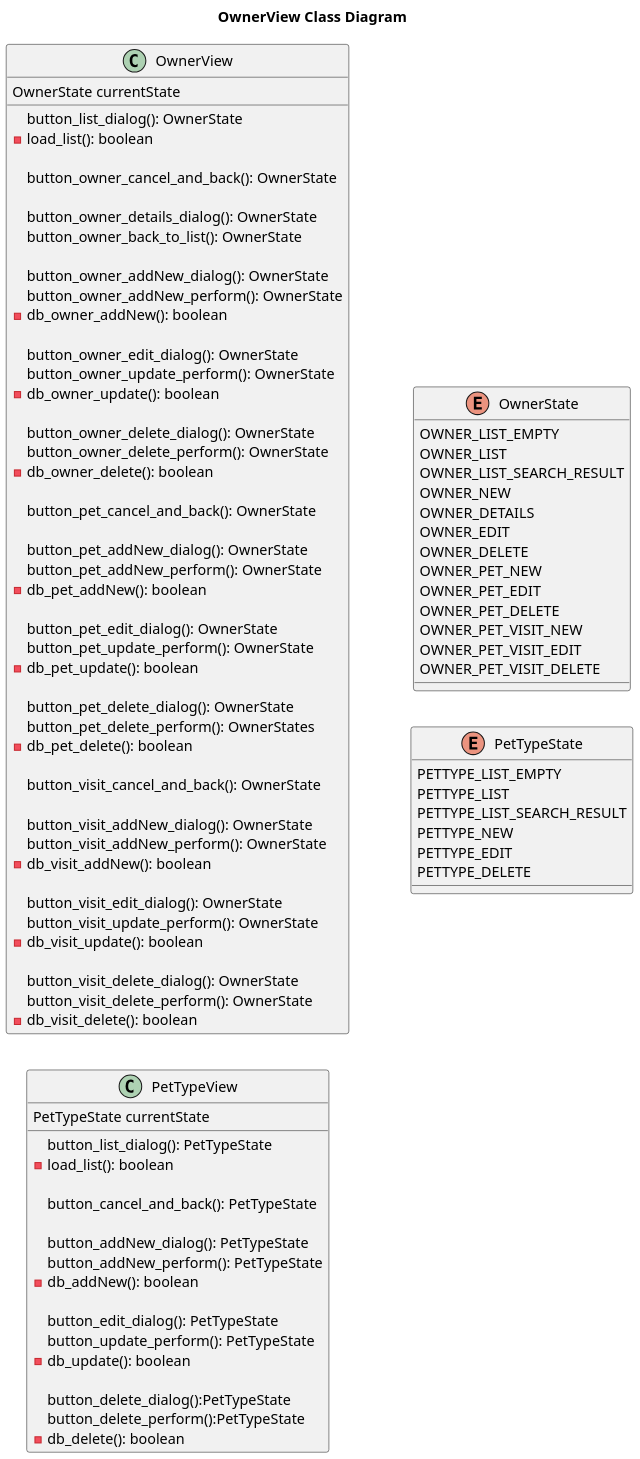
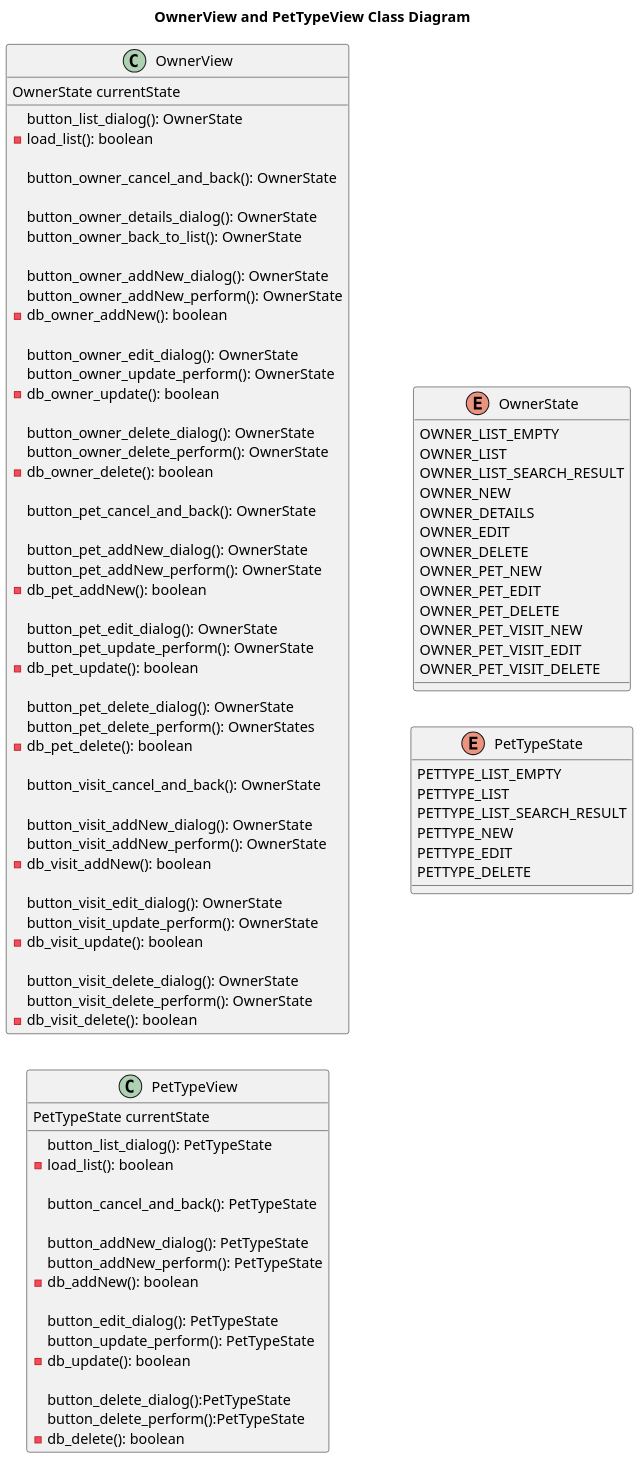
The diagram in puml/owner/implementation/View__Class.puml (Jakarta-EE-Petclinic/petclinic-uml), drawn with PlantUML before and after one commit. The commit also changed 4 other files, not shown here.

```diff
--- a/puml/owner/implementation/View__Class.puml
+++ b/puml/owner/implementation/View__Class.puml
@@ -1,115 +1,115 @@
 @startuml
 
 
-title OwnerView Class Diagram
+title OwnerView and PetTypeView Class Diagram
 'https://plantuml.com/class-diagram
 
 left to right direction
 'top to bottom direction
 
 scale 1000 width
 
 class OwnerView {
 
     OwnerState currentState
 
     button_list_dialog(): OwnerState
     - load_list(): boolean
 
     button_owner_cancel_and_back(): OwnerState
 
     button_owner_details_dialog(): OwnerState
     button_owner_back_to_list(): OwnerState
 
     button_owner_addNew_dialog(): OwnerState
     button_owner_addNew_perform(): OwnerState
     -db_owner_addNew(): boolean
 
     button_owner_edit_dialog(): OwnerState
     button_owner_update_perform(): OwnerState
     - db_owner_update(): boolean
 
     button_owner_delete_dialog(): OwnerState
     button_owner_delete_perform(): OwnerState
     - db_owner_delete(): boolean
 
     button_pet_cancel_and_back(): OwnerState
 
     button_pet_addNew_dialog(): OwnerState
     button_pet_addNew_perform(): OwnerState
     - db_pet_addNew(): boolean
 
     button_pet_edit_dialog(): OwnerState
     button_pet_update_perform(): OwnerState
     - db_pet_update(): boolean
 
     button_pet_delete_dialog(): OwnerState
     button_pet_delete_perform(): OwnerStates
     - db_pet_delete(): boolean
 
     button_visit_cancel_and_back(): OwnerState
 
     button_visit_addNew_dialog(): OwnerState
     button_visit_addNew_perform(): OwnerState
     - db_visit_addNew(): boolean
 
     button_visit_edit_dialog(): OwnerState
     button_visit_update_perform(): OwnerState
    - db_visit_update(): boolean
 
     button_visit_delete_dialog(): OwnerState
     button_visit_delete_perform(): OwnerState
     - db_visit_delete(): boolean
 }
 
 class PetTypeView {
 
     PetTypeState currentState
 
     button_list_dialog(): PetTypeState
     - load_list(): boolean
 
     button_cancel_and_back(): PetTypeState
 
     button_addNew_dialog(): PetTypeState
     button_addNew_perform(): PetTypeState
     - db_addNew(): boolean
 
     button_edit_dialog(): PetTypeState
     button_update_perform(): PetTypeState
     - db_update(): boolean
 
     button_delete_dialog():PetTypeState
     button_delete_perform():PetTypeState
     - db_delete(): boolean
 }
 
 
 enum OwnerState {
     OWNER_LIST_EMPTY
     OWNER_LIST
     OWNER_LIST_SEARCH_RESULT
     OWNER_NEW
     OWNER_DETAILS
     OWNER_EDIT
     OWNER_DELETE
     OWNER_PET_NEW
     OWNER_PET_EDIT
     OWNER_PET_DELETE
     OWNER_PET_VISIT_NEW
     OWNER_PET_VISIT_EDIT
     OWNER_PET_VISIT_DELETE
 }
 
 enum PetTypeState {
     PETTYPE_LIST_EMPTY
     PETTYPE_LIST
     PETTYPE_LIST_SEARCH_RESULT
     PETTYPE_NEW
     PETTYPE_EDIT
     PETTYPE_DELETE
 }
 
 
 
 @enduml
```
